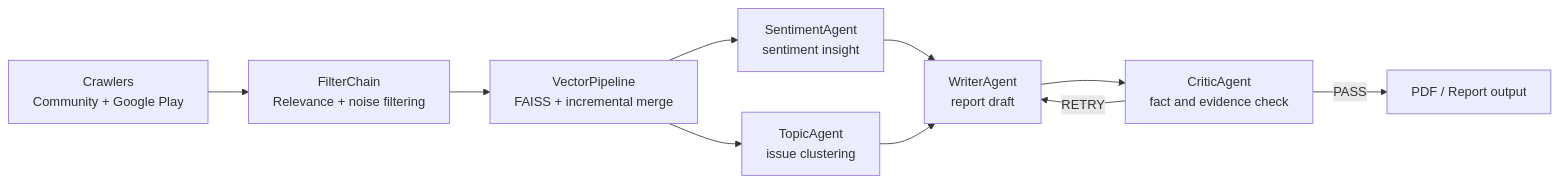
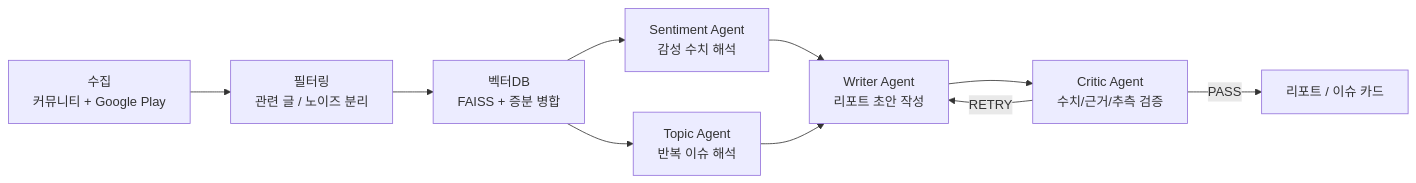
One commit to jikyoung/ENTER-AI changed the diagram in README.md. Above: the diagram before and after it, drawn with Mermaid. The commit also changed other lines of this file and 4 other files, not shown here.

````diff
--- a/README.md
+++ b/README.md
@@ -46,12 +64,12 @@
 ```mermaid
 flowchart LR
-    A["Crawlers<br/>Community + Google Play"] --> B["FilterChain<br/>Relevance + noise filtering"]
-    B --> C["VectorPipeline<br/>FAISS + incremental merge"]
-    C --> D["SentimentAgent<br/>sentiment insight"]
-    C --> E["TopicAgent<br/>issue clustering"]
-    D --> F["WriterAgent<br/>report draft"]
+    A["수집<br/>커뮤니티 + Google Play"] --> B["필터링<br/>관련 글 / 노이즈 분리"]
+    B --> C["벡터DB<br/>FAISS + 증분 병합"]
+    C --> D["Sentiment Agent<br/>감성 수치 해석"]
+    C --> E["Topic Agent<br/>반복 이슈 해석"]
+    D --> F["Writer Agent<br/>리포트 초안 작성"]
     E --> F
-    F --> G["CriticAgent<br/>fact and evidence check"]
+    F --> G["Critic Agent<br/>수치/근거/추측 검증"]
     G -- "RETRY" --> F
-    G -- "PASS" --> H["PDF / Report output"]
+    G -- "PASS" --> H["리포트 / 이슈 카드"]
 ```
````
